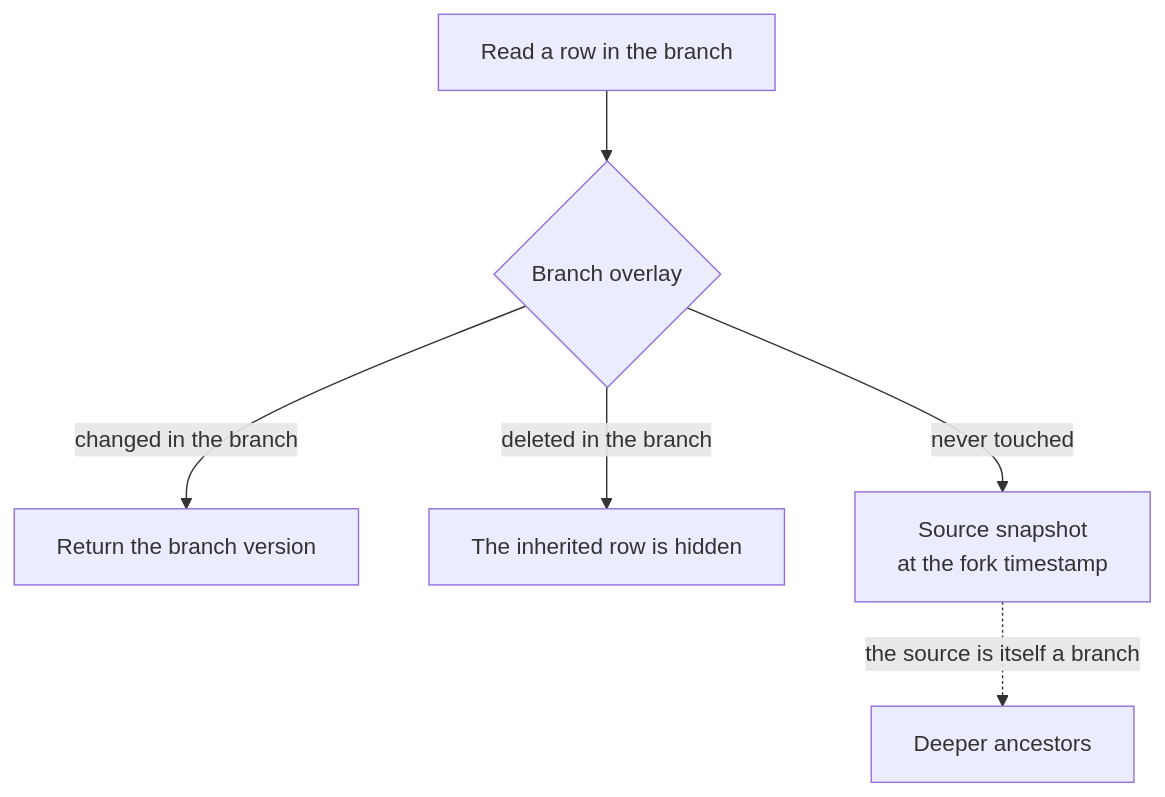
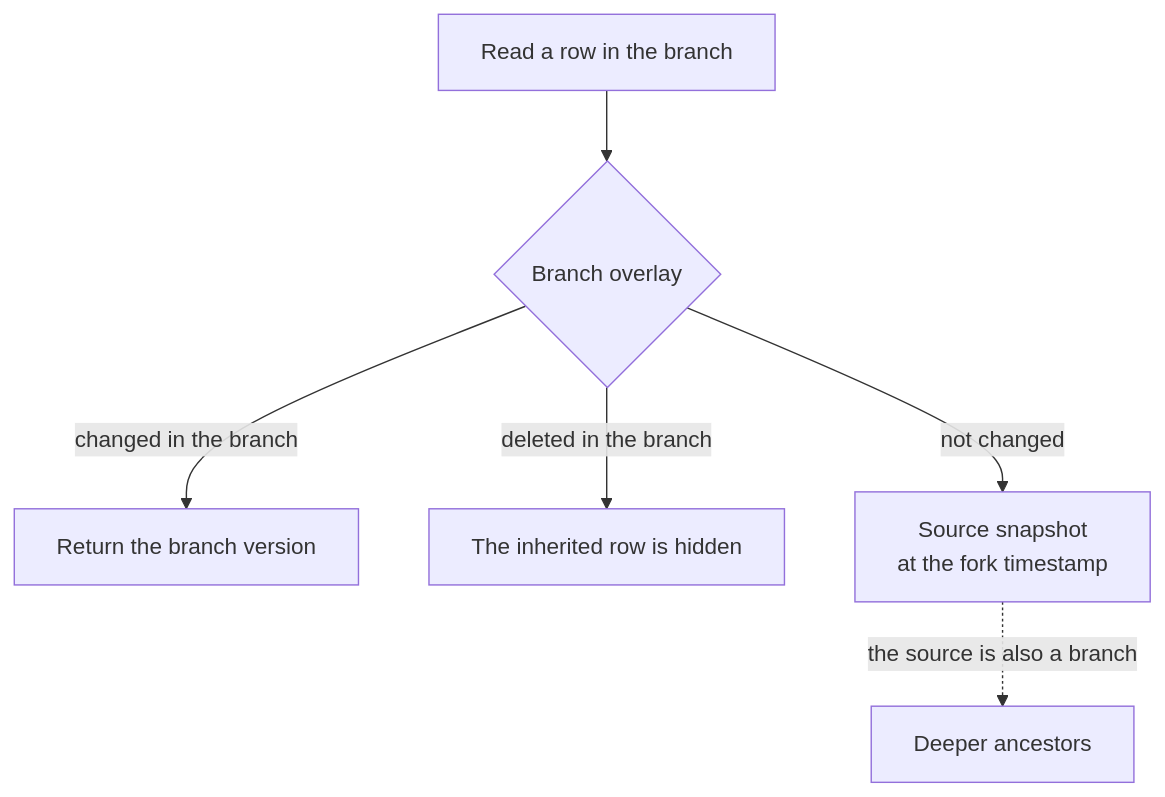
One commit to camusdb/camusdb.github.io changed the first of 2 diagrams in docs/database-branching.md. Above: the diagram before and after it, drawn with Mermaid. The commit also changed other lines of this file and 216 other files, not shown here.

````diff
--- a/docs/database-branching.md
+++ b/docs/database-branching.md
@@ -90,8 +85,8 @@
 ```mermaid
 flowchart TD
     R[Read a row in the branch] --> O{Branch overlay}
     O -->|changed in the branch| W[Return the branch version]
     O -->|deleted in the branch| H[The inherited row is hidden]
-    O -->|never touched| S["Source snapshot<br/>at the fork timestamp"]
-    S -.->|the source is itself a branch| A[Deeper ancestors]
+    O -->|not changed| S["Source snapshot<br/>at the fork timestamp"]
+    S -.->|the source is also a branch| A[Deeper ancestors]
 ```
````
